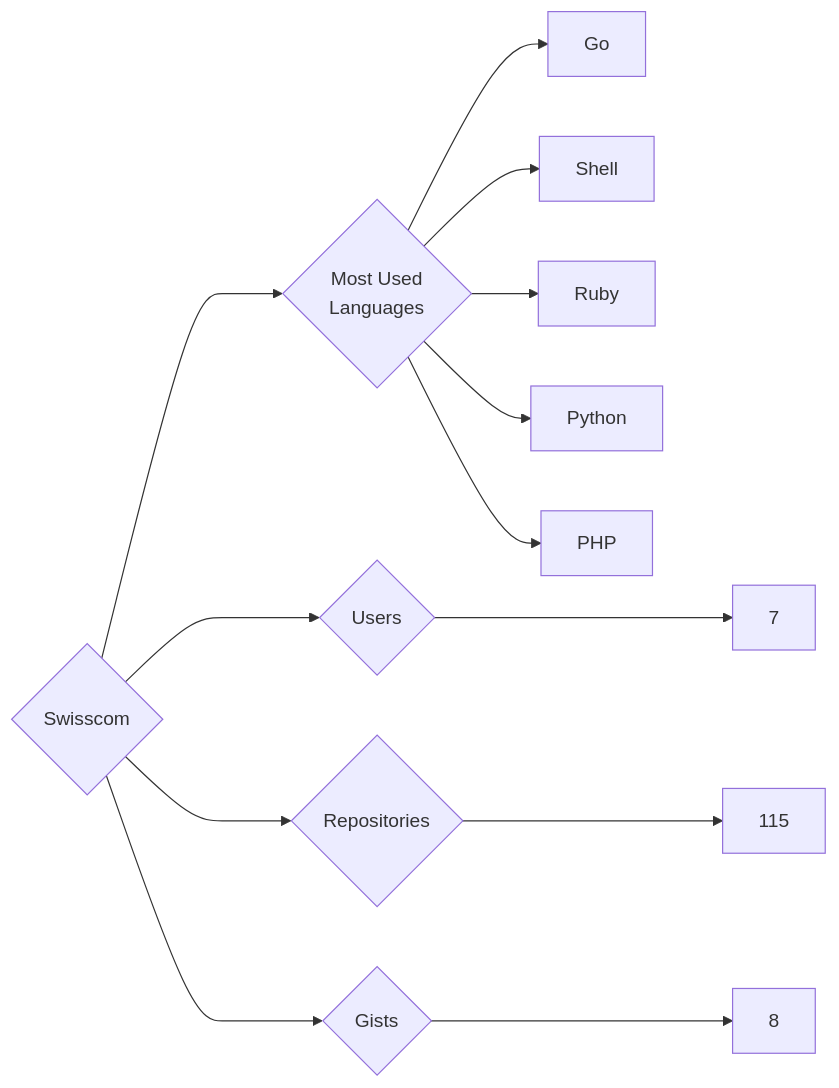
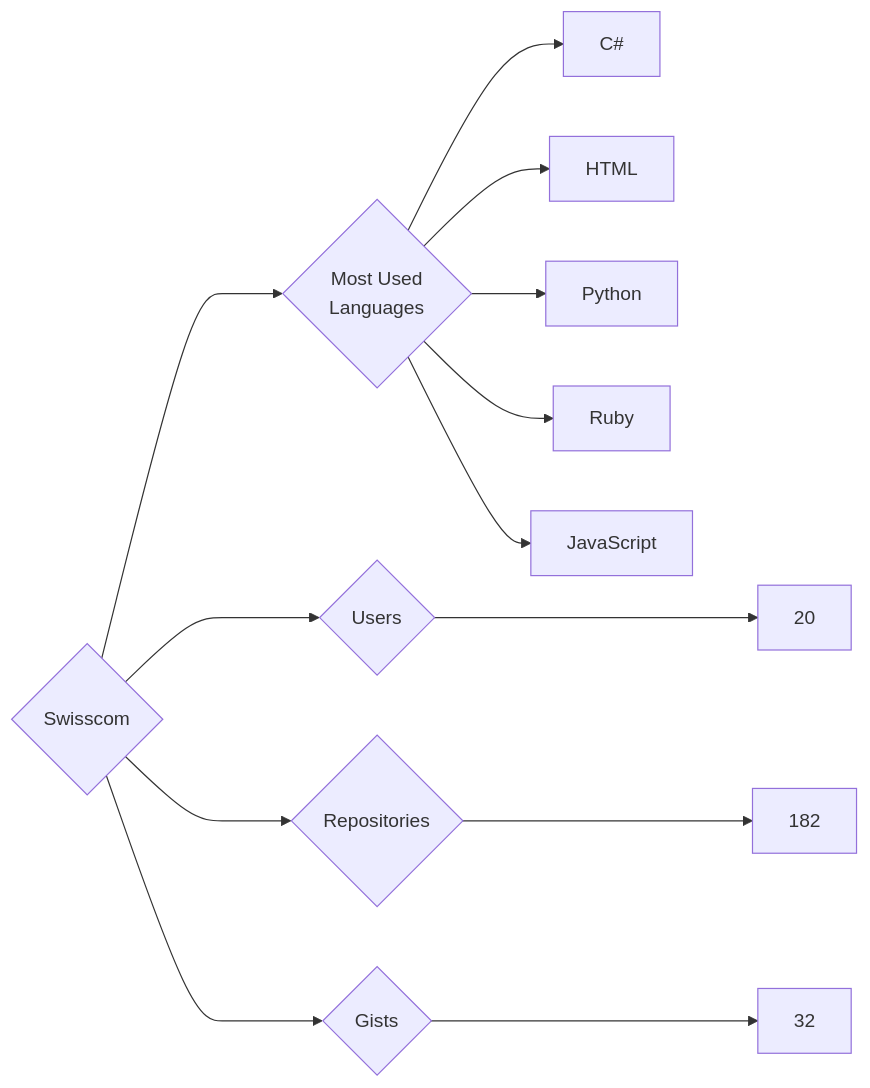
The diagram in targets/Swisscom/README.md (trickest/insiders), drawn with Mermaid before and after one commit. The commit also changed 695 other files, not shown here.

````diff
--- a/targets/Swisscom/README.md
+++ b/targets/Swisscom/README.md
@@ -3,13 +3,13 @@
 ```mermaid
 graph LR
 COMPANY_NAME{Swisscom}
-COMPANY_NAME ---> U{Users} ---> UN[7]
-COMPANY_NAME ---> R{Repositories} ---> RN[115]
-COMPANY_NAME ---> G{Gists} ---> GN[8]
+COMPANY_NAME ---> U{Users} ---> UN[20]
+COMPANY_NAME ---> R{Repositories} ---> RN[182]
+COMPANY_NAME ---> G{Gists} ---> GN[32]
 COMPANY_NAME ---> ML{Most Used<br>Languages}
-ML --> Go[Go]
-ML --> Shell[Shell]
+ML --> C#[C#]
+ML --> HTML[HTML]
+ML --> Python[Python]
 ML --> Ruby[Ruby]
-ML --> Python[Python]
-ML --> PHP[PHP]
+ML --> JavaScript[JavaScript]
 ```
````
